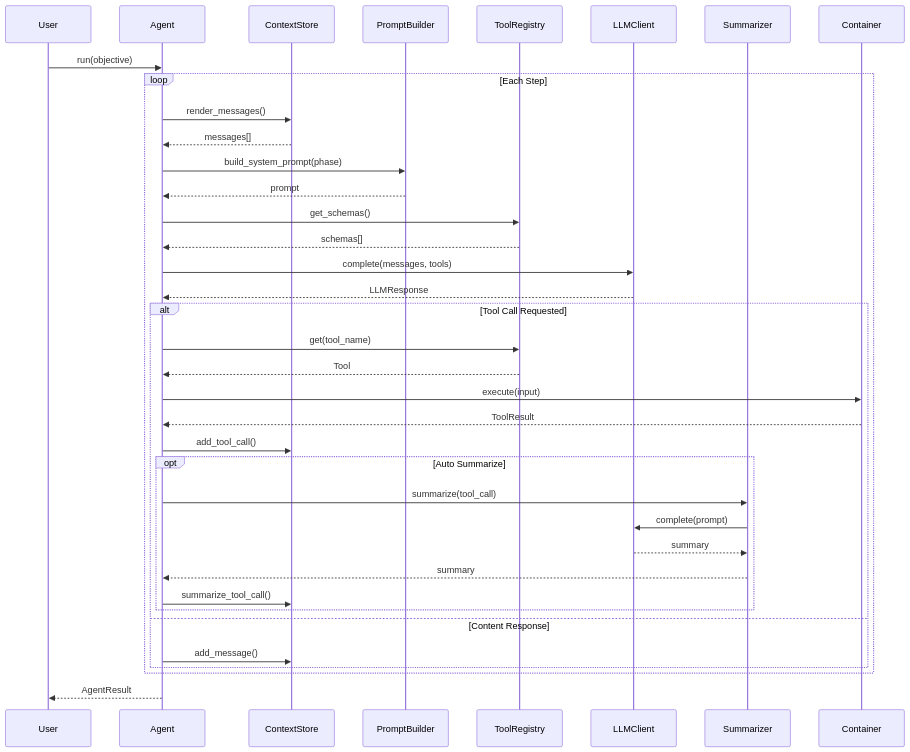
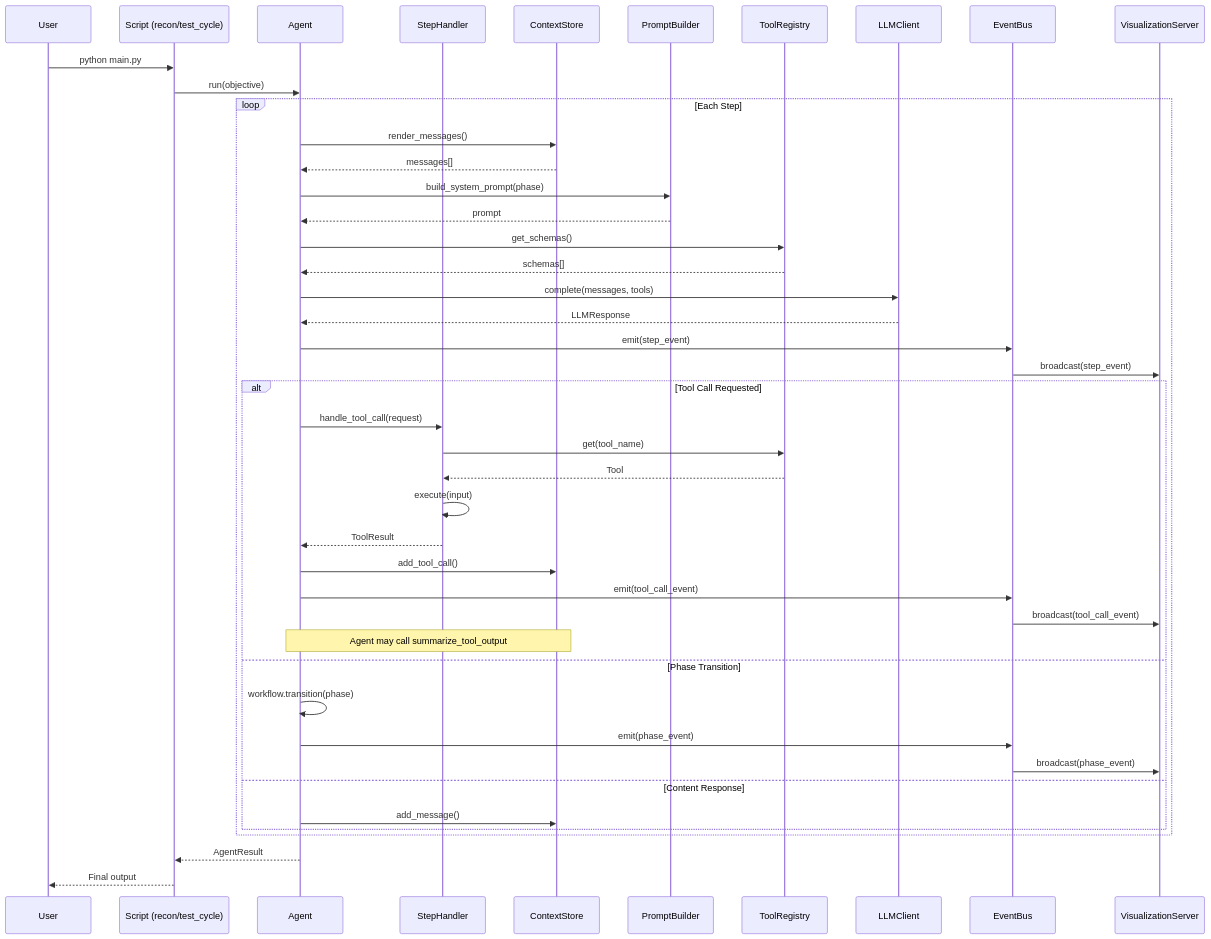
The diagram in diagrams/mermaid/sequence_diagram.mermaid (nwang783/tempo-sec), drawn with Mermaid before and after one commit. The commit also changed 5 other files, not shown here.

```diff
--- a/diagrams/mermaid/sequence_diagram.mermaid
+++ b/diagrams/mermaid/sequence_diagram.mermaid
@@ -1,45 +1,54 @@
 sequenceDiagram
     participant U as User
+    participant SC as Script (recon/test_cycle)
     participant A as Agent
+    participant SH as StepHandler
     participant C as ContextStore
     participant P as PromptBuilder
     participant T as ToolRegistry
     participant L as LLMClient
-    participant S as Summarizer
-    participant D as Container
+    participant EB as EventBus
+    participant V as VisualizationServer
     
-    U->>A: run(objective)
+    U->>SC: python main.py
+    SC->>A: run(objective)
     
     loop Each Step
         A->>C: render_messages()
         C-->>A: messages[]
         
         A->>P: build_system_prompt(phase)
         P-->>A: prompt
         
         A->>T: get_schemas()
         T-->>A: schemas[]
         
         A->>L: complete(messages, tools)
         L-->>A: LLMResponse
         
+        A->>EB: emit(step_event)
+        EB->>V: broadcast(step_event)
+        
         alt Tool Call Requested
-            A->>T: get(tool_name)
-            T-->>A: Tool
-            A->>D: execute(input)
-            D-->>A: ToolResult
+            A->>SH: handle_tool_call(request)
+            SH->>T: get(tool_name)
+            T-->>SH: Tool
+            SH->>SH: execute(input)
+            SH-->>A: ToolResult
+            
             A->>C: add_tool_call()
+            A->>EB: emit(tool_call_event)
+            EB->>V: broadcast(tool_call_event)
             
-            opt Auto Summarize
-                A->>S: summarize(tool_call)
-                S->>L: complete(prompt)
-                L-->>S: summary
-                S-->>A: summary
-                A->>C: summarize_tool_call()
-            end
+            Note over A,C: Agent may call summarize_tool_output
+        else Phase Transition
+            A->>A: workflow.transition(phase)
+            A->>EB: emit(phase_event)
+            EB->>V: broadcast(phase_event)
         else Content Response
             A->>C: add_message()
         end
     end
     
-    A-->>U: AgentResult
+    A-->>SC: AgentResult
+    SC-->>U: Final output
```
